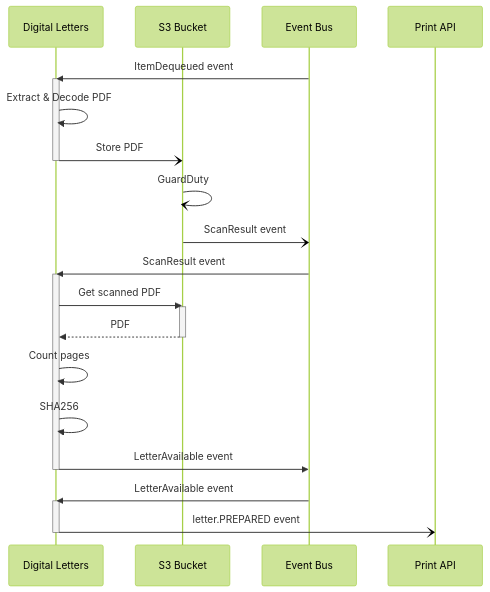
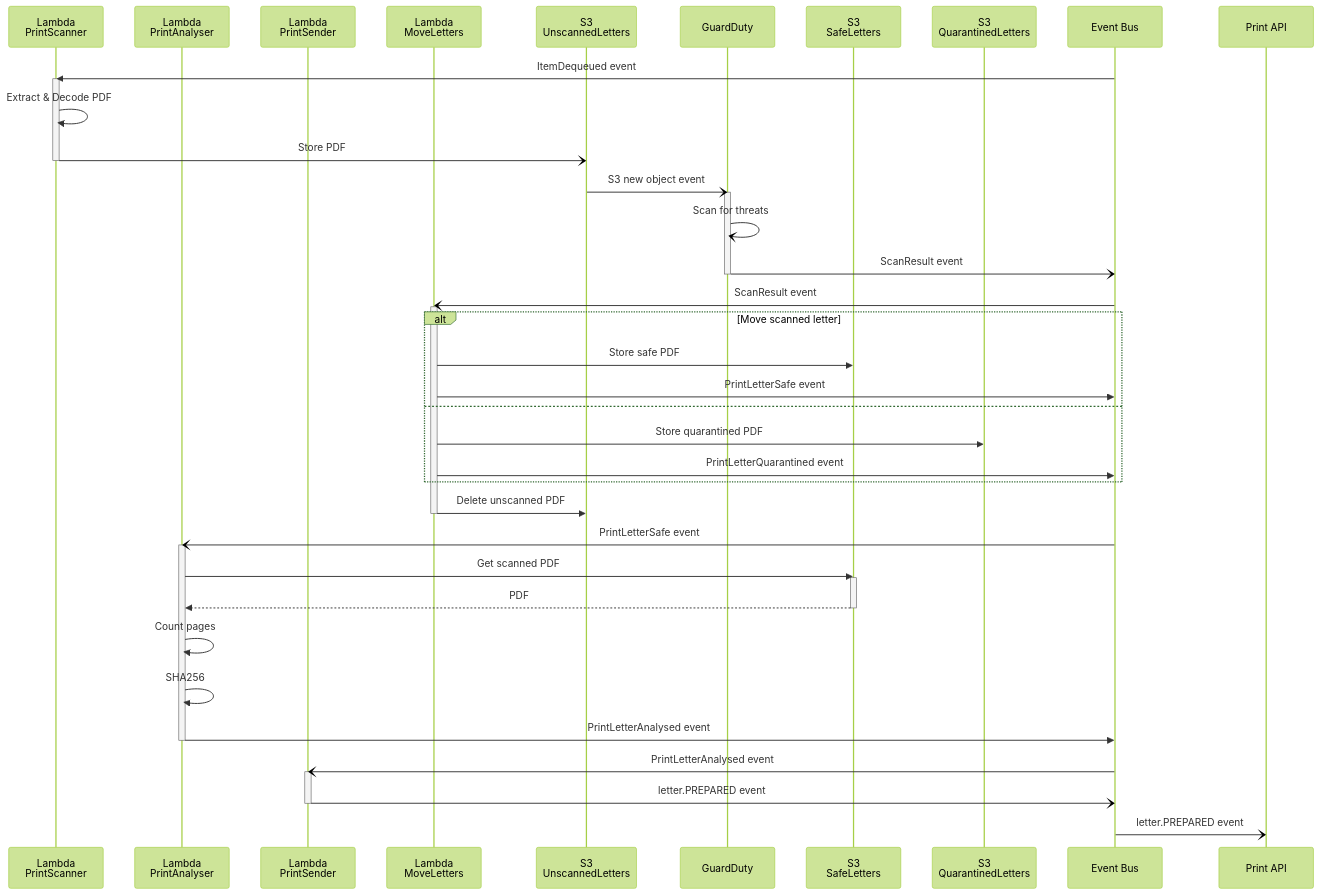
Before and after one commit to NHSDigital/nhs-notify-digital-letters: the diagram in docs/collections/_diagrams/sequence-print-metadata.md, drawn with Mermaid (forest theme). The commit also changed 2 other files, not shown here.

Commit message:
Updated sequence diagram for latest GuarDuty design

````diff
--- a/docs/collections/_diagrams/sequence-print-metadata.md
+++ b/docs/collections/_diagrams/sequence-print-metadata.md
@@ -7,29 +7,50 @@
 ```mermaid
 sequenceDiagram
-  participant dl as Digital Letters
-  participant s3 as S3 Bucket
+  participant scannerlambda as Lambda<br/>PrintScanner
+  participant analyserLambda as Lambda<br/>PrintAnalyser
+  participant senderLambda as Lambda<br/>PrintSender
+  participant moveLambda as Lambda<br/>MoveLetters
+  participant unscannedS3 as S3<br/>UnscannedLetters
+  participant gd as GuardDuty
+  participant safeS3 as S3<br/>SafeLetters
+  participant quarantinedS3 as S3<br/>QuarantinedLetters
   participant eventBus as Event Bus
   participant printApi as Print API
 
-  eventBus ->> dl: ItemDequeued event
-  activate dl
-  dl ->> dl: Extract & Decode PDF
-        dl -) s3: Store PDF
-  deactivate dl
-  s3 -) s3: GuardDuty
-  s3 -) eventBus: ScanResult event
-  eventBus ->> dl: ScanResult event
-  activate dl
-  dl ->> s3: Get scanned PDF
-        activate s3
-                s3 -->> dl: PDF
-        deactivate s3
-  dl ->> dl: Count pages
-  dl ->> dl: SHA256
-  dl ->> eventBus: LetterAvailable event
-  deactivate dl
-  eventBus ->> dl: LetterAvailable event
-  activate dl
-  dl -) printApi: letter.PREPARED event
-  deactivate dl
+  eventBus ->> scannerlambda: ItemDequeued event
+  activate scannerlambda
+  scannerlambda ->> scannerlambda: Extract & Decode PDF
+        scannerlambda -) unscannedS3: Store PDF
+  deactivate scannerlambda
+  unscannedS3 -) gd: S3 new object event
+  activate gd
+      gd -) gd: Scan for threats
+      gd -) eventBus: ScanResult event
+  deactivate gd
+  eventBus -) moveLambda: ScanResult event
+  activate moveLambda
+    alt Move scanned letter
+      moveLambda ->> safeS3: Store safe PDF
+      moveLambda ->> eventBus: PrintLetterSafe event
+    else
+      moveLambda ->> quarantinedS3: Store quarantined PDF
+      moveLambda ->> eventBus: PrintLetterQuarantined event
+  end
+  moveLambda ->> unscannedS3: Delete unscanned PDF
+  deactivate moveLambda
+  eventBus -) analyserLambda: PrintLetterSafe event
+  activate analyserLambda
+  analyserLambda ->> safeS3: Get scanned PDF
+        activate safeS3
+                safeS3 -->> analyserLambda: PDF
+        deactivate safeS3
+  analyserLambda ->> analyserLambda: Count pages
+  analyserLambda ->> analyserLambda: SHA256
+  analyserLambda ->> eventBus: PrintLetterAnalysed event
+  deactivate analyserLambda
+  eventBus -) senderLambda: PrintLetterAnalysed event
+  activate senderLambda
+  senderLambda -) eventBus: letter.PREPARED event
+  deactivate senderLambda
+  eventBus -) printApi: letter.PREPARED event
 ```
````
